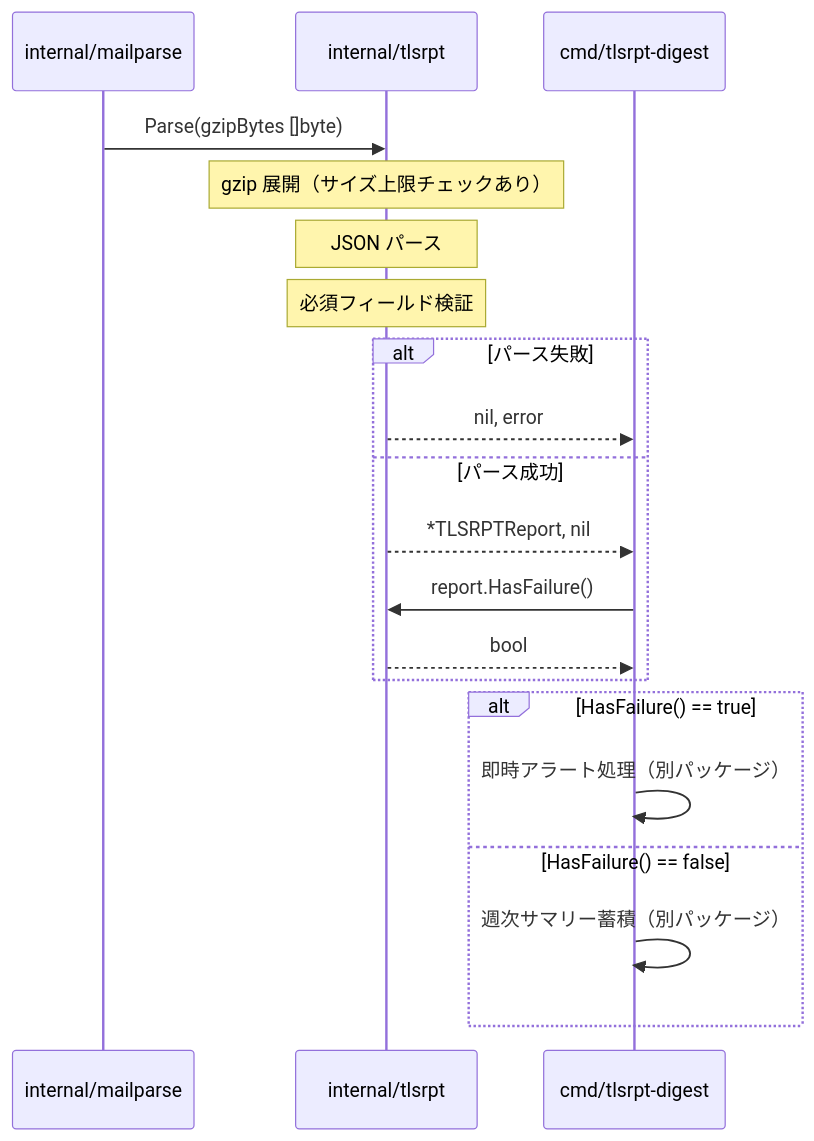
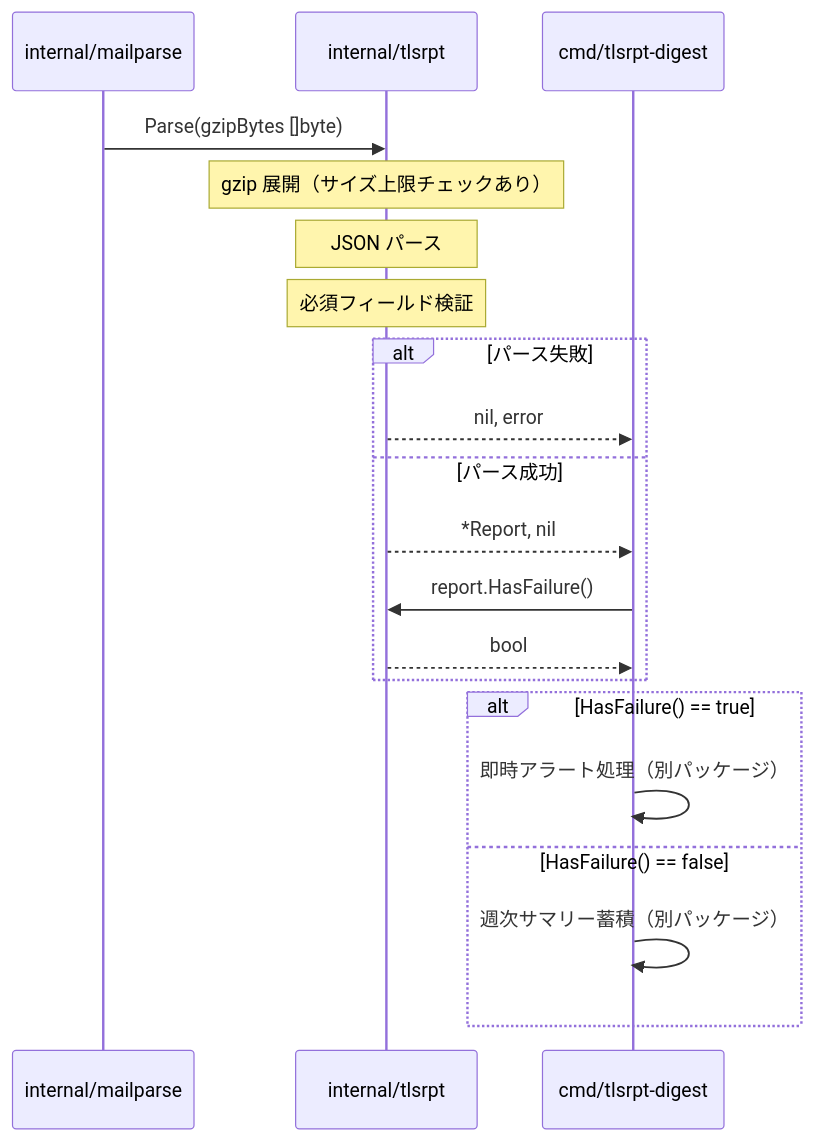
The fourth of 7 diagrams in docs/tasks/0020_tlsrpt/02_architecture.md (isseis/tlsrpt-digest), drawn with Mermaid before and after one commit. The commit also changed other lines of this file and 3 other files, not shown here.

First line of the commit message:
docs: rename TLSRPTReport to Report to avoid package name stutter

````diff
--- a/docs/tasks/0020_tlsrpt/02_architecture.md
+++ b/docs/tasks/0020_tlsrpt/02_architecture.md
@@ -106,23 +106,23 @@
 ```mermaid
 sequenceDiagram
     participant MP as internal/mailparse
     participant TR as internal/tlsrpt
     participant CMD as cmd/tlsrpt-digest
 
     MP->>TR: Parse(gzipBytes []byte)
     Note over TR: gzip 展開（サイズ上限チェックあり）
     Note over TR: JSON パース
     Note over TR: 必須フィールド検証
     alt パース失敗
         TR-->>CMD: nil, error
     else パース成功
-        TR-->>CMD: *TLSRPTReport, nil
+        TR-->>CMD: *Report, nil
         CMD->>TR: report.HasFailure()
         TR-->>CMD: bool
     end
     alt HasFailure() == true
         CMD->>CMD: 即時アラート処理（別パッケージ）
     else HasFailure() == false
         CMD->>CMD: 週次サマリー蓄積（別パッケージ）
     end
 ```
````
